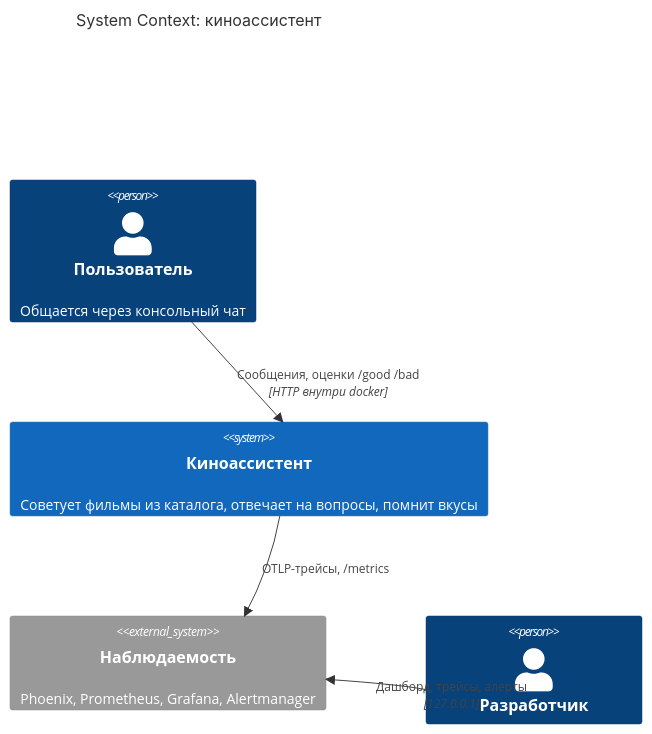
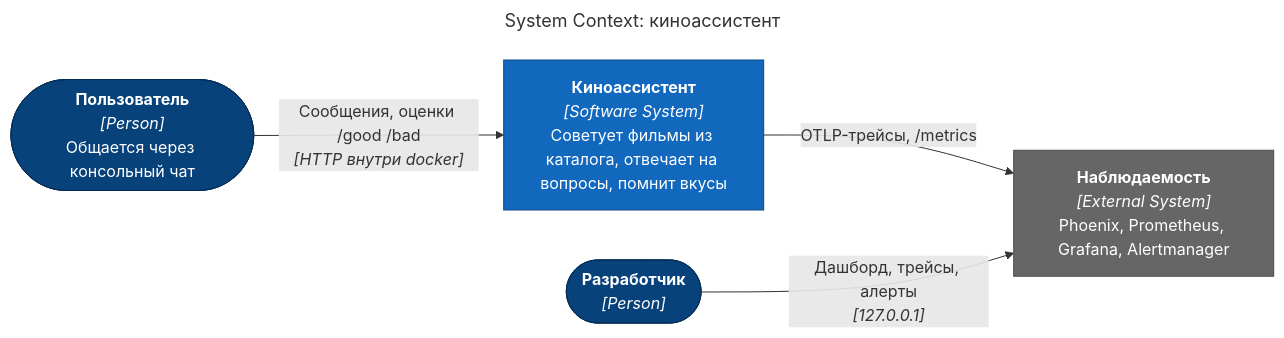
One commit to sstegss/movie-agents changed the third of 11 diagrams in docs/ARCHITECTURE.md. Above: the diagram before and after it, drawn with Mermaid. The commit also changed other lines of this file, not shown here.

First line of the commit message:
Architecture: redraw C4 diagrams as flowcharts so labels do not overlap

````diff
--- a/docs/ARCHITECTURE.md
+++ b/docs/ARCHITECTURE.md
@@ -116,13 +99,20 @@
 ```mermaid
-C4Context
-  title System Context: киноассистент
+---
+title: "System Context: киноассистент"
+---
+flowchart LR
+  user(["<b>Пользователь</b><br/><i>[Person]</i><br/>Общается через консольный чат"]):::person
+  assistant["<b>Киноассистент</b><br/><i>[Software System]</i><br/>Советует фильмы из каталога, отвечает на вопросы, помнит вкусы"]:::system
+  obs["<b>Наблюдаемость</b><br/><i>[External System]</i><br/>Phoenix, Prometheus, Grafana, Alertmanager"]:::ext
+  dev(["<b>Разработчик</b><br/><i>[Person]</i>"]):::person
 
-  Person(user, "Пользователь", "Общается через консольный чат")
-  System(assistant, "Киноассистент", "Советует фильмы из каталога, отвечает на вопросы, помнит вкусы")
-  System_Ext(obs, "Наблюдаемость", "Phoenix, Prometheus, Grafana, Alertmanager")
-  Person(dev, "Разработчик")
+  user -->|"Сообщения, оценки /good /bad<br/><i>[HTTP внутри docker]</i>"| assistant
+  assistant -->|"OTLP-трейсы, /metrics"| obs
+  dev -->|"Дашборд, трейсы, алерты<br/><i>[127.0.0.1]</i>"| obs
 
-  Rel(user, assistant, "Сообщения, оценки /good /bad", "HTTP внутри docker")
-  Rel(assistant, obs, "OTLP-трейсы, /metrics")
-  Rel(dev, obs, "Дашборд, трейсы, алерты", "127.0.0.1")
+  classDef person fill:#08427b,stroke:#052e56,color:#ffffff
+  classDef system fill:#1168bd,stroke:#0b4884,color:#ffffff
+  classDef ext fill:#666666,stroke:#4d4d4d,color:#ffffff
+  classDef container fill:#438dd5,stroke:#2e6295,color:#ffffff
+  classDef component fill:#85bbf0,stroke:#5d82a8,color:#000000
 ```
````
